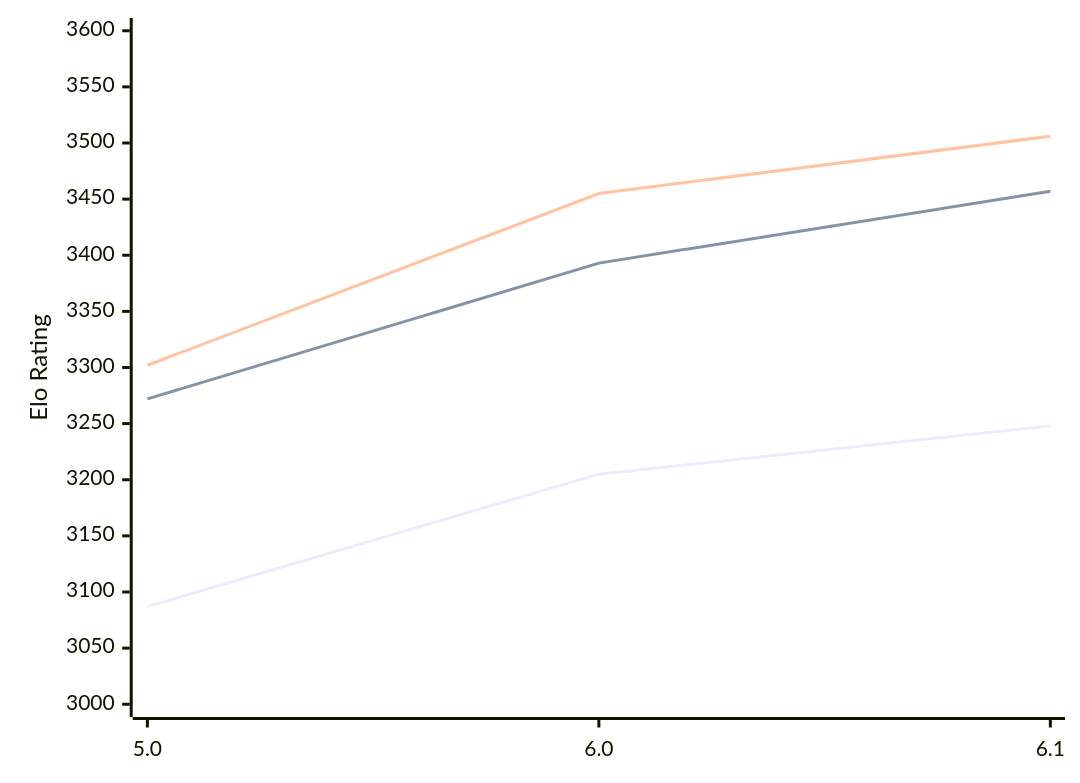
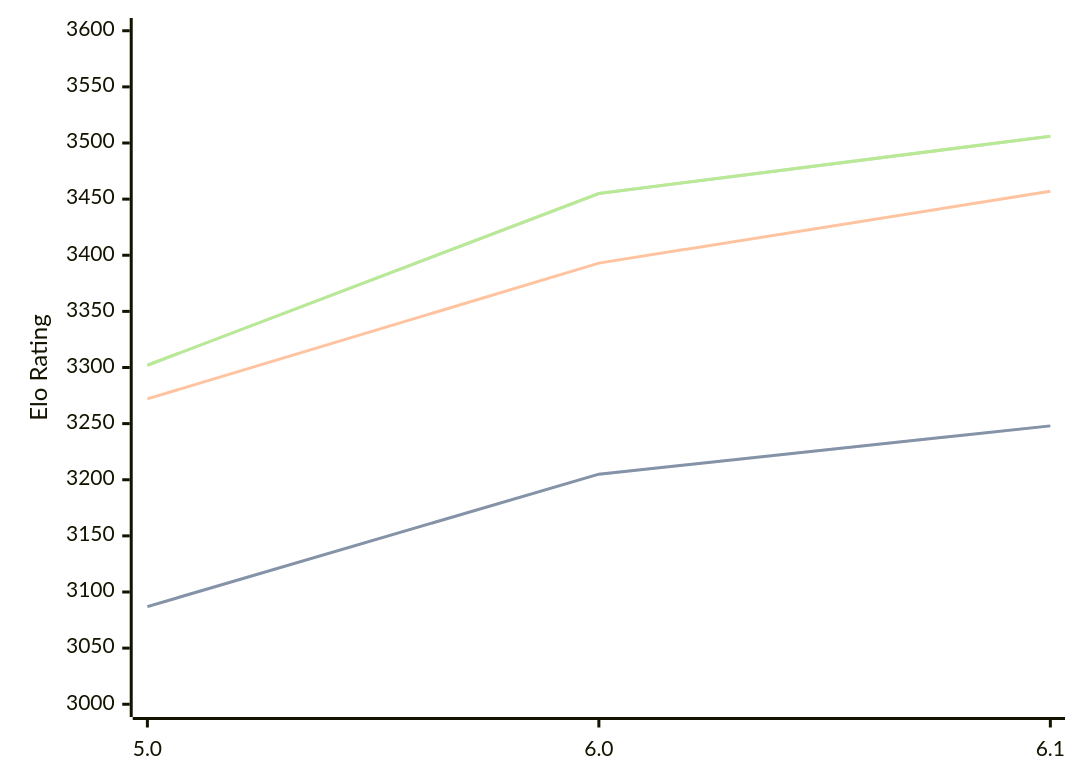
The diagram in engines/PZChessBot.md (computer-chess-index/cci), drawn with Mermaid before and after one commit. The commit also changed other lines of this file, not shown here.

Commit message:
Update CCI Ratings (ELO VLTC) - 2026-02-13

````diff
--- a/engines/PZChessBot.md
+++ b/engines/PZChessBot.md
@@ -39,9 +39,11 @@
 ```mermaid
 %%{init: {"theme":"base","themeVariables":{"seriesColors:['#a3a3a3','#222221','#faa371']}}}%%
 xychart-beta
   x-axis ["5.0", "6.0", "6.1"]
   y-axis "Elo Rating" 3000 --> 3600
   line "STC (8.0+0.08s)" [3087, 3205, 3248]
+  line "STC (8.0+0.08s)" [3087, 3205, 3248]
   line "LTC (60.0+0.60s)" [3272, 3393, 3457]
   line "VLTC (2m24s+1.12s)" [3302, 3455, 3506]
+  line "VLTC (2m24s+1.12s)" [3302, 3455, 3506]
 ```
````
